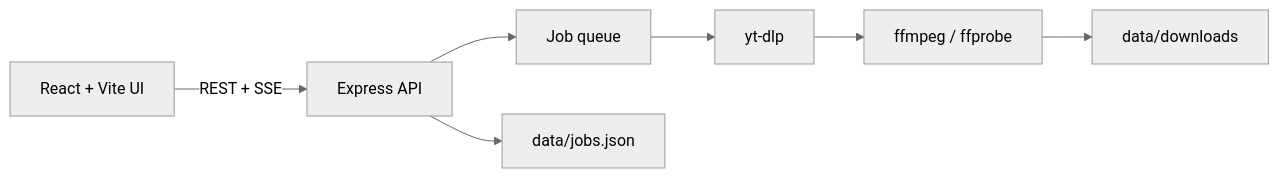
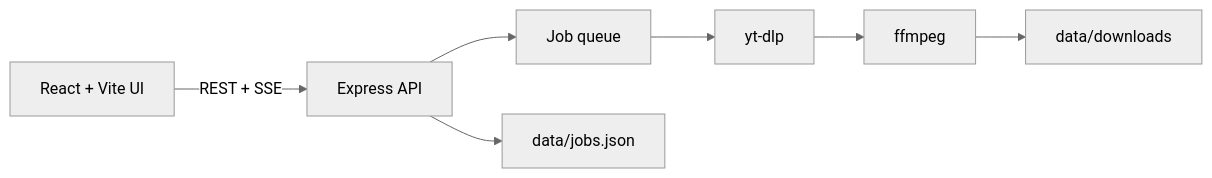
Before and after one commit to ivsharma/clipshed: the diagram in docs/README_TECHNICAL.md, drawn with Mermaid (neutral theme). The commit also changed other lines of this file and 11 other files, not shown here.

````diff
--- a/docs/README_TECHNICAL.md
+++ b/docs/README_TECHNICAL.md
@@ -155,9 +155,9 @@
 ```mermaid
 flowchart LR
   UI["React + Vite UI"] -->|REST + SSE| API["Express API"]
   API --> Q["Job queue"]
   Q --> YT["yt-dlp"]
-  YT --> FF["ffmpeg / ffprobe"]
+  YT --> FF["ffmpeg"]
   FF --> OUT["data/downloads"]
   API --> DATA["data/jobs.json"]
 ```
````
